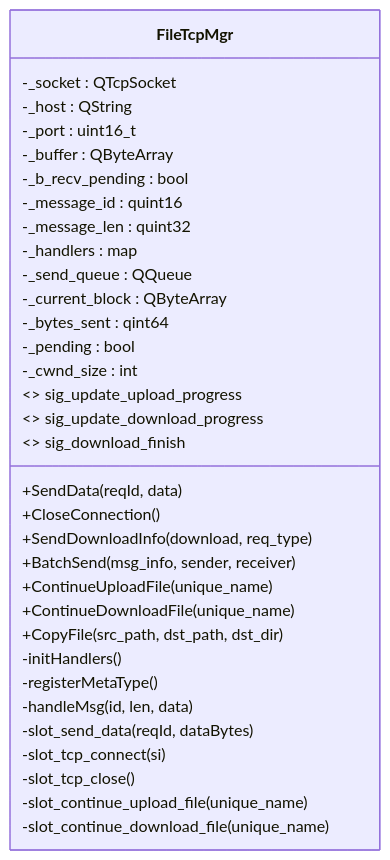
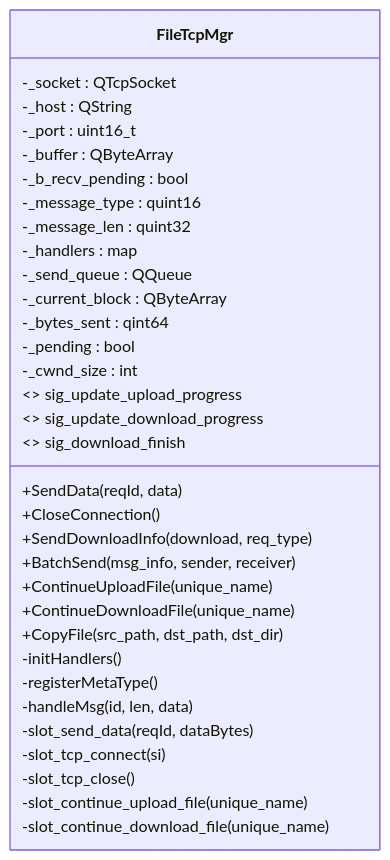
The third of 7 diagrams in .qoder/repowiki/zh/content/客户端开发/网络通信/文件传输.md (echo9923/mychatter), drawn with Mermaid before and after one commit. The commit also changed other lines of this file and 128 other files, not shown here.

````diff
--- a/.qoder/repowiki/zh/content/客户端开发/网络通信/文件传输.md
+++ b/.qoder/repowiki/zh/content/客户端开发/网络通信/文件传输.md
@@ -113,36 +113,36 @@
 ```mermaid
 classDiagram
 class FileTcpMgr {
 +SendData(reqId, data)
 +CloseConnection()
 +SendDownloadInfo(download, req_type)
 +BatchSend(msg_info, sender, receiver)
 +ContinueUploadFile(unique_name)
 +ContinueDownloadFile(unique_name)
 +CopyFile(src_path, dst_path, dst_dir)
 -initHandlers()
 -registerMetaType()
 -handleMsg(id, len, data)
 -slot_send_data(reqId, dataBytes)
 -slot_tcp_connect(si)
 -slot_tcp_close()
 -slot_continue_upload_file(unique_name)
 -slot_continue_download_file(unique_name)
 -_socket : QTcpSocket
 -_host : QString
 -_port : uint16_t
 -_buffer : QByteArray
 -_b_recv_pending : bool
--_message_id : quint16
+-_message_type : quint16
 -_message_len : quint32
 -_handlers : map
 -_send_queue : QQueue
 -_current_block : QByteArray
 -_bytes_sent : qint64
 -_pending : bool
 -_cwnd_size : int
 <<signals>> sig_update_upload_progress
 <<signals>> sig_update_download_progress
 <<signals>> sig_download_finish
 }
 ```
````
